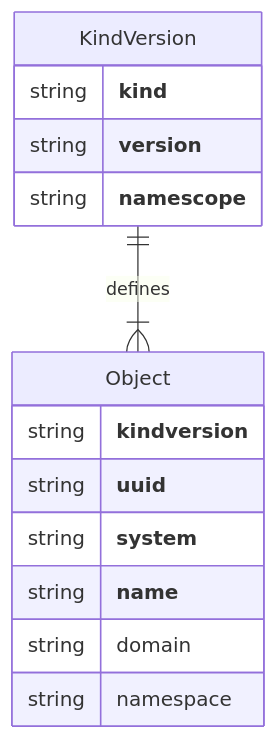
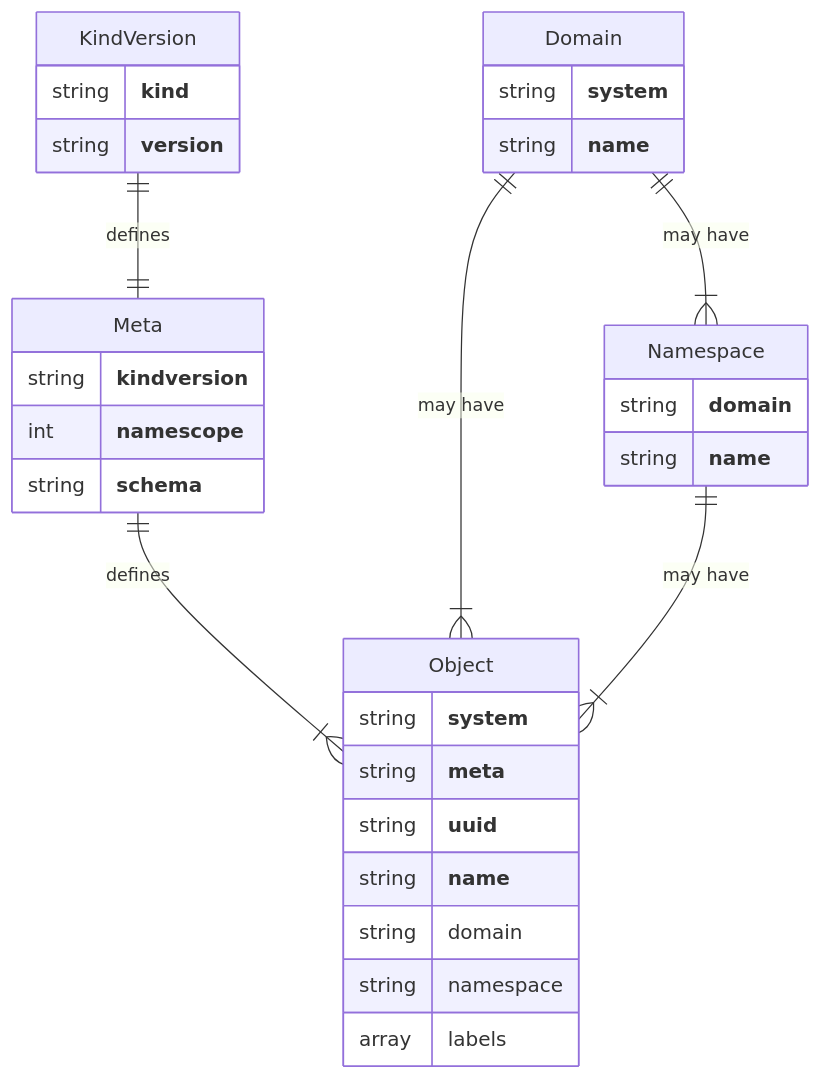
The third of 3 diagrams in README.md (relexec/rxp), drawn with Mermaid before and after one commit. The commit also changed other lines of this file, not shown here.

````diff
--- a/README.md
+++ b/README.md
@@ -142,17 +142,34 @@
 ```mermaid
 erDiagram
-    KindVersion ||--|{ Object : defines
+    KindVersion ||--|| Meta : defines
+    Meta ||--|{ Object : defines
+    Domain ||--|{ Namespace : "may have"
+    Domain ||--|{ Object : "may have"
+    Namespace ||--|{ Object : "may have"
     KindVersion {
         string **kind**
         string **version**
-        string **namescope**
+    }
+    Meta{
+        string **kindversion**
+        int **namescope**
+        string **schema**
+    }
+    Domain{
+        string **system**
+        string **name**
+    }
+    Namespace{
+        string **domain**
+        string **name**
     }
     Object{
-        string **kindversion**
+        string **system**
+        string **meta**
         string **uuid**
-        string **system**
         string **name**
         string domain
         string namespace
+        array labels
     }
 ```
````
